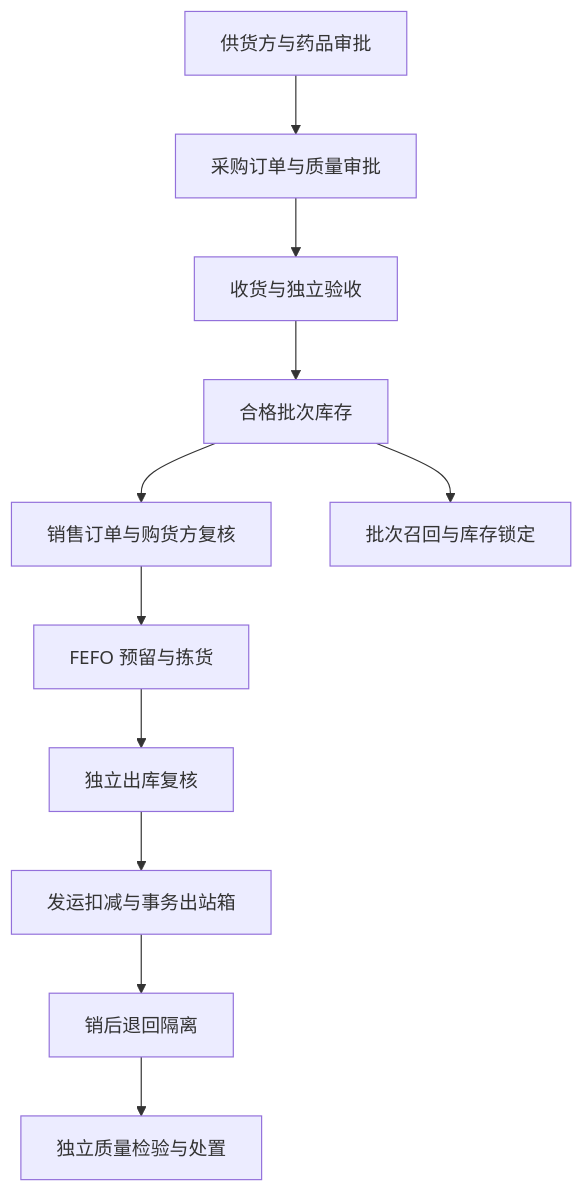
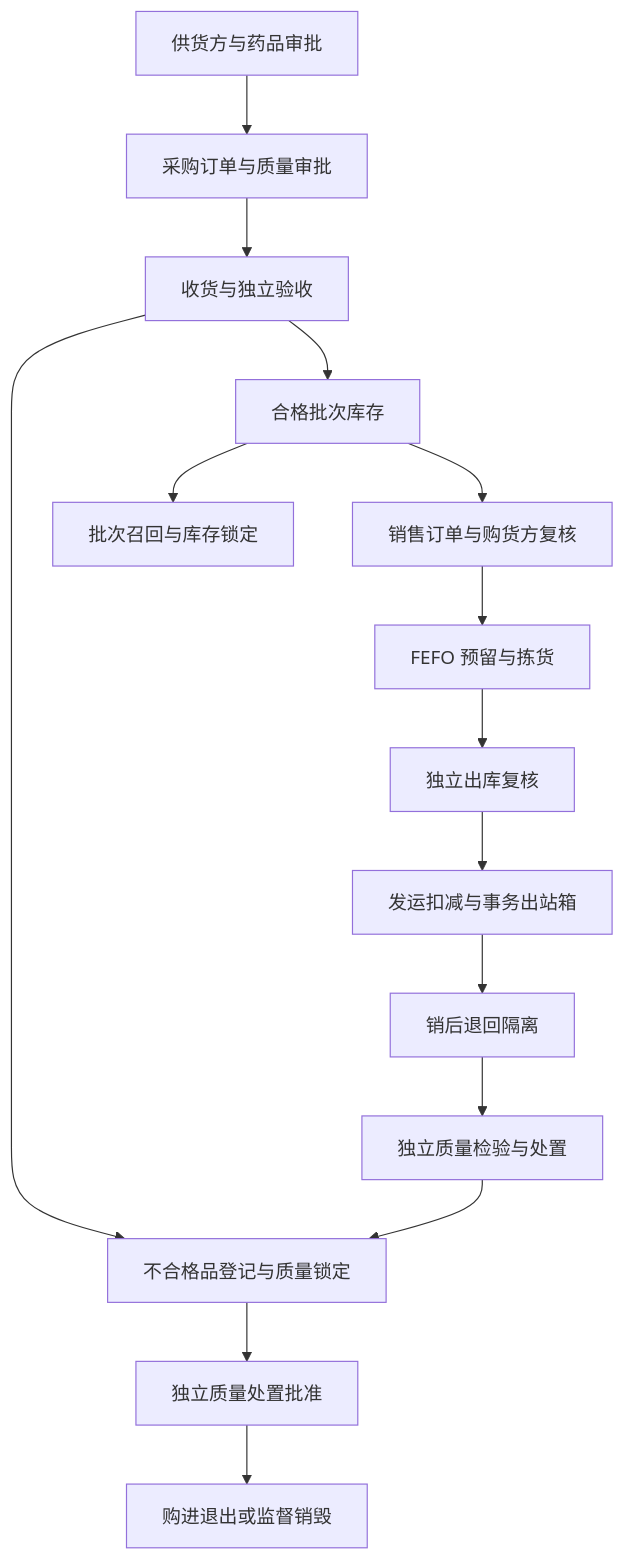
Before and after one commit to AllenMGu/WMS: the diagram in README.md, drawn with Mermaid. The commit also changed other lines of this file and 22 other files, not shown here.

````diff
--- a/README.md
+++ b/README.md
@@ -32,13 +33,17 @@
 ```mermaid
 flowchart TD
     A[供货方与药品审批] --> B[采购订单与质量审批]
     B --> C[收货与独立验收]
     C --> D[合格批次库存]
     D --> E[销售订单与购货方复核]
     E --> F[FEFO 预留与拣货]
     F --> G[独立出库复核]
     G --> H[发运扣减与事务出站箱]
     H --> I[销后退回隔离]
     I --> J[独立质量检验与处置]
     D --> K[批次召回与库存锁定]
+    C --> L[不合格品登记与质量锁定]
+    J --> L
+    L --> M[独立质量处置批准]
+    M --> N[购进退出或监督销毁]
 ```
````
